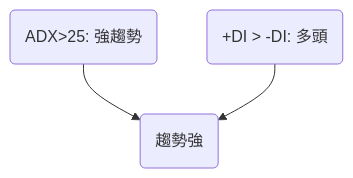
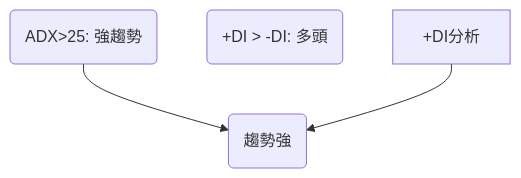
One commit to yennanliu/finance_data changed the third of 10 diagrams in ai_gen_report/stock/goog/technical_analysis_2026-04-07_openai.md. Above: the diagram before and after it, drawn with Mermaid. The commit also changed other lines of this file and 2258 other files, not shown here.

First line of the commit message:
chore: backfill Mermaid syntax repair across existing reports

````diff
--- a/ai_gen_report/stock/goog/technical_analysis_2026-04-07_openai.md
+++ b/ai_gen_report/stock/goog/technical_analysis_2026-04-07_openai.md
@@ -120,7 +120,7 @@
 ```mermaid
 graph TD
-    ADX分析(ADX>25: 強趨勢)
-    +DI分析(+DI > -DI: 多頭)
-    ADX分析 --> ADX結論(趨勢強)
-    +DI分析 --> ADX結論
+    ADX分析("ADX>25: 強趨勢")
+    +DI分析("+DI > -DI: 多頭")
+    ADX分析 --> ADX結論("趨勢強")
+    nb1["+DI分析"] --> ADX結論
 ```
````
